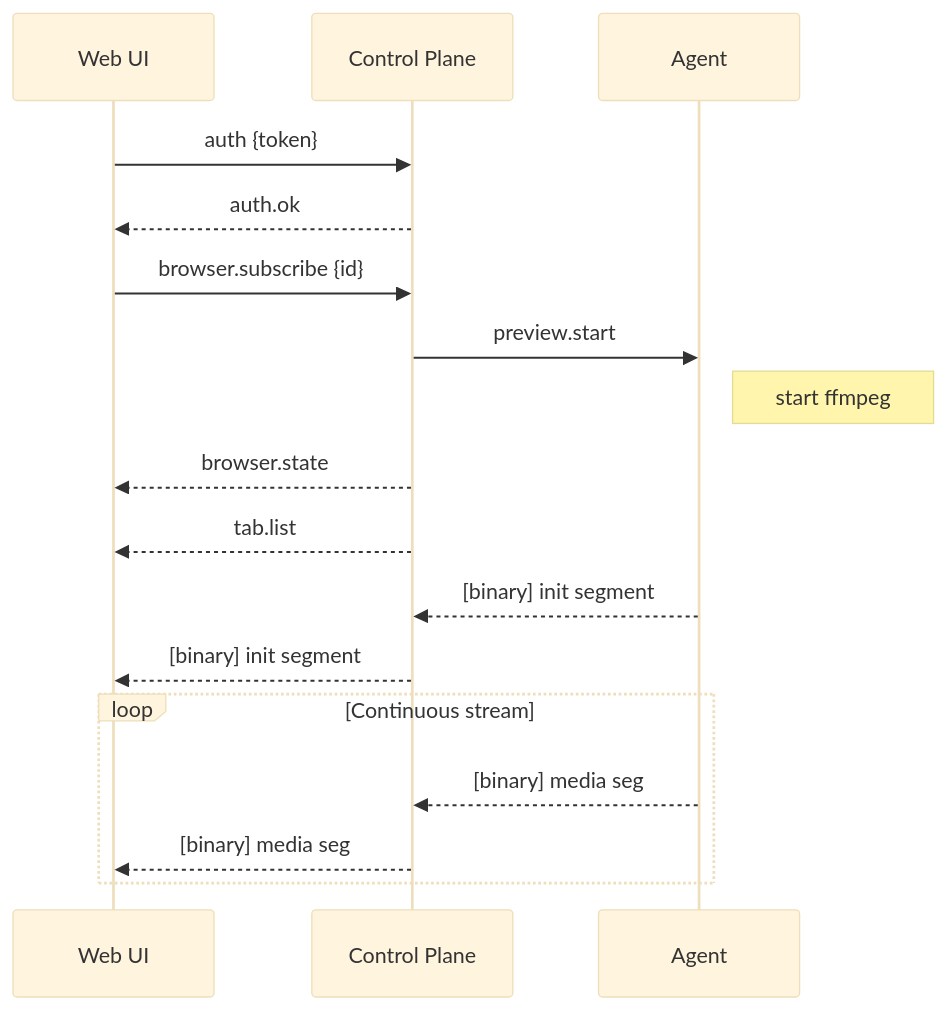
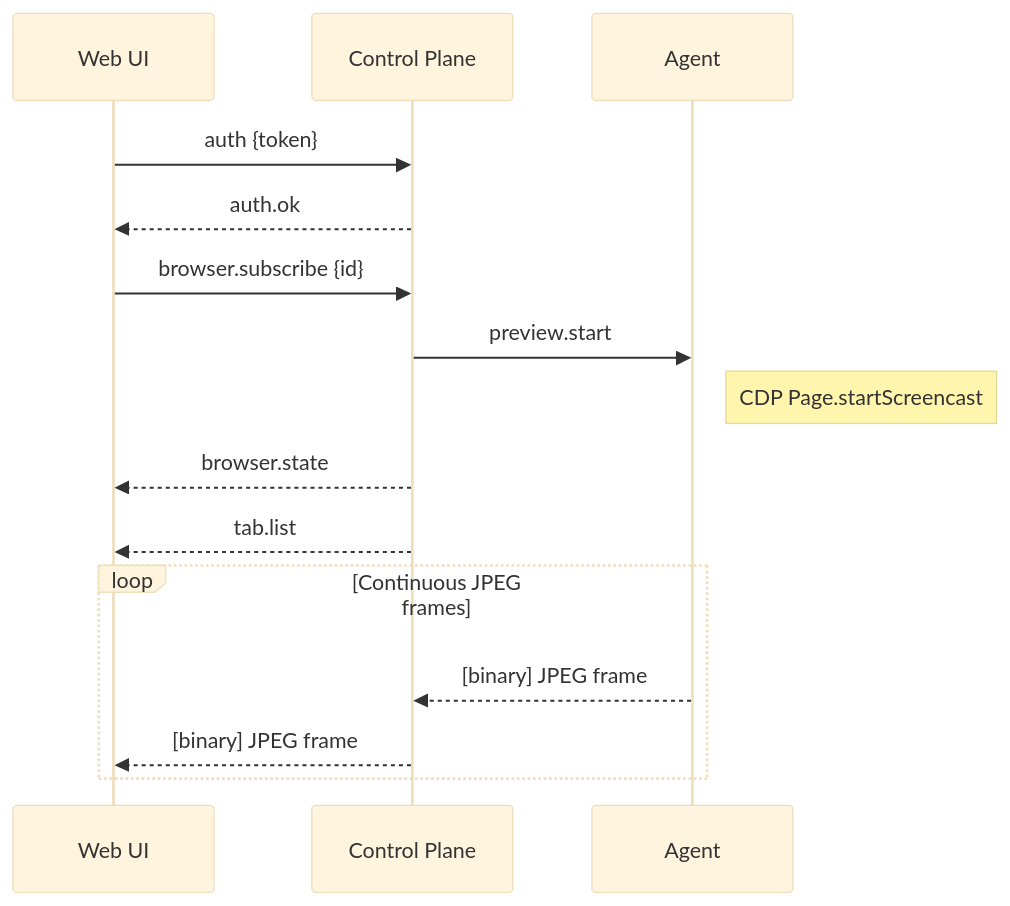
The fifth of 16 diagrams in internal-docs/02-architecture.md (cnjack/jbrowser), drawn with Mermaid (base theme) before and after one commit. The commit also changed other lines of this file and 11 other files, not shown here.

````diff
--- a/internal-docs/02-architecture.md
+++ b/internal-docs/02-architecture.md
@@ -444,23 +444,20 @@
 ```mermaid
 sequenceDiagram
     participant UI as Web UI
     participant CP as Control Plane
     participant A as Agent
 
     UI->>CP: auth {token}
     CP-->>UI: auth.ok
 
     UI->>CP: browser.subscribe {id}
     CP->>A: preview.start
-    Note right of A: start ffmpeg
+    Note right of A: CDP Page.startScreencast
     CP-->>UI: browser.state
     CP-->>UI: tab.list
 
-    A-->>CP: [binary] init segment
-    CP-->>UI: [binary] init segment
-
-    loop Continuous stream
-        A-->>CP: [binary] media seg #N
-        CP-->>UI: [binary] media seg #N (fan-out to viewers)
+    loop Continuous JPEG frames
+        A-->>CP: [binary] JPEG frame #N (type=0x03)
+        CP-->>UI: [binary] JPEG frame #N (fan-out to viewers)
     end
 ```
````
